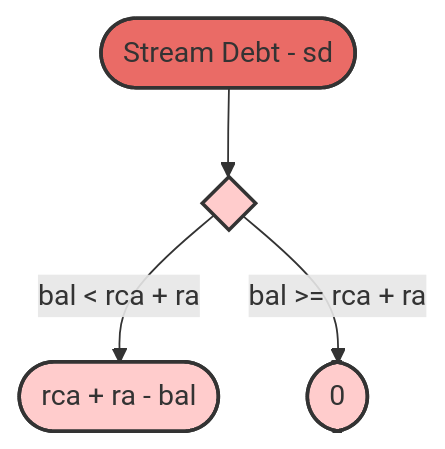
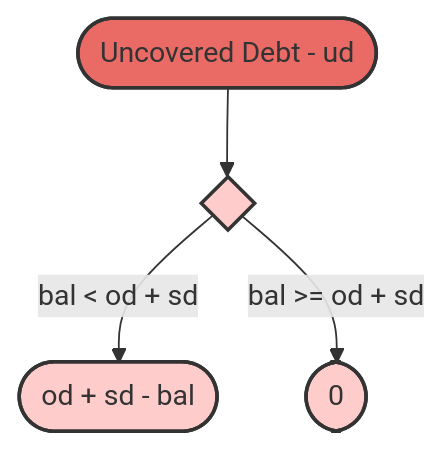
One commit to sablier-labs/lockup changed the eighth of 8 diagrams in diagrams.md. Above: the diagram before and after it, drawn with Mermaid. The commit also changed other lines of this file and 94 other files, not shown here.

````diff
--- a/diagrams.md
+++ b/diagrams.md
@@ -235,15 +235,15 @@
 ```mermaid
 flowchart TD
     di0{ }:::red1
-    sd([Stream Debt - sd]):::red0
-    res_sd(["rca + ra - bal"]):::red1
+    sd([Uncovered Debt - ud]):::red0
+    res_sd(["od + sd - bal"]):::red1
     res_zero([0]):::red1
 
     sd --> di0
-    di0 -- "bal < rca + ra" --> res_sd
-    di0 -- "bal >= rca + ra" --> res_zero
+    di0 -- "bal < od + sd" --> res_sd
+    di0 -- "bal >= od + sd" --> res_zero
 
     classDef red0 fill:#EA6B66,stroke:#333,stroke-width:2px;
     classDef red1 fill:#FFCCCC,stroke:#333,stroke-width:2px;
 
 ```
````
